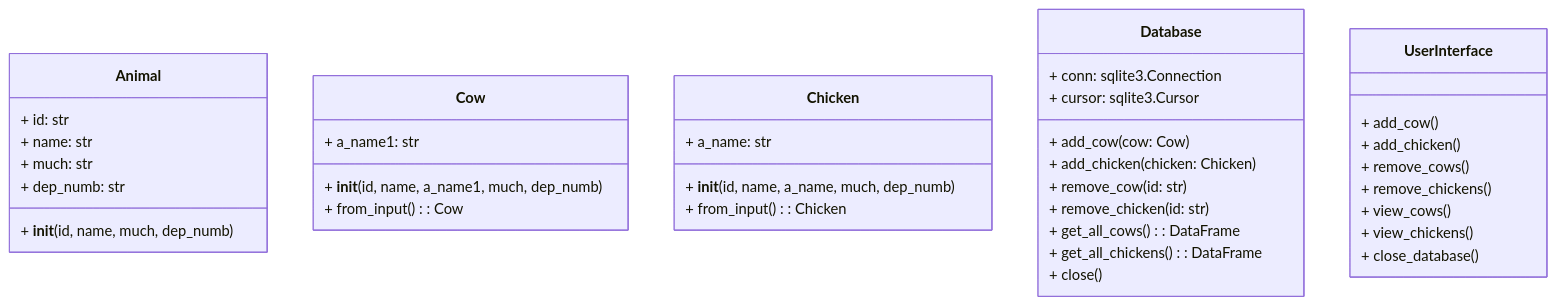
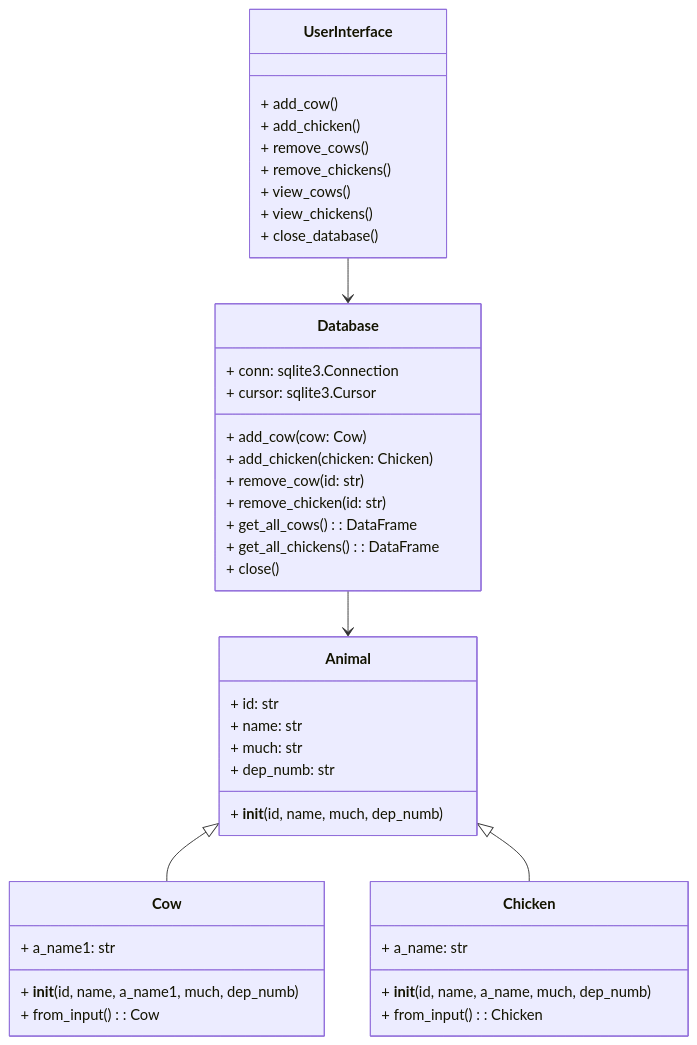
The diagram in README.md (programer111/singular), drawn with Mermaid before and after one commit.

````diff
--- a/README.md
+++ b/README.md
@@ -1,44 +1,50 @@
 ```mermaid
 classDiagram
     class Animal {
         + id: str
         + name: str
         + much: str
         + dep_numb: str
         + __init__(id, name, much, dep_numb)
     }
 
     class Cow {
         + a_name1: str
         + __init__(id, name, a_name1, much, dep_numb)
         + from_input() : Cow
     }
 
     class Chicken {
         + a_name: str
         + __init__(id, name, a_name, much, dep_numb)
         + from_input() : Chicken
     }
 
     class Database {
         + conn: sqlite3.Connection
         + cursor: sqlite3.Cursor
         + add_cow(cow: Cow)
         + add_chicken(chicken: Chicken)
         + remove_cow(id: str)
         + remove_chicken(id: str)
         + get_all_cows() : DataFrame
         + get_all_chickens() : DataFrame
         + close()
     }
 
     class UserInterface {
         + add_cow()
         + add_chicken()
         + remove_cows()
         + remove_chickens()
         + view_cows()
         + view_chickens()
         + close_database()
     }
+
+
+    Animal <|-- Cow
+    Animal <|-- Chicken
+    UserInterface --> Database
+    Database --> Animal
 ```
````
